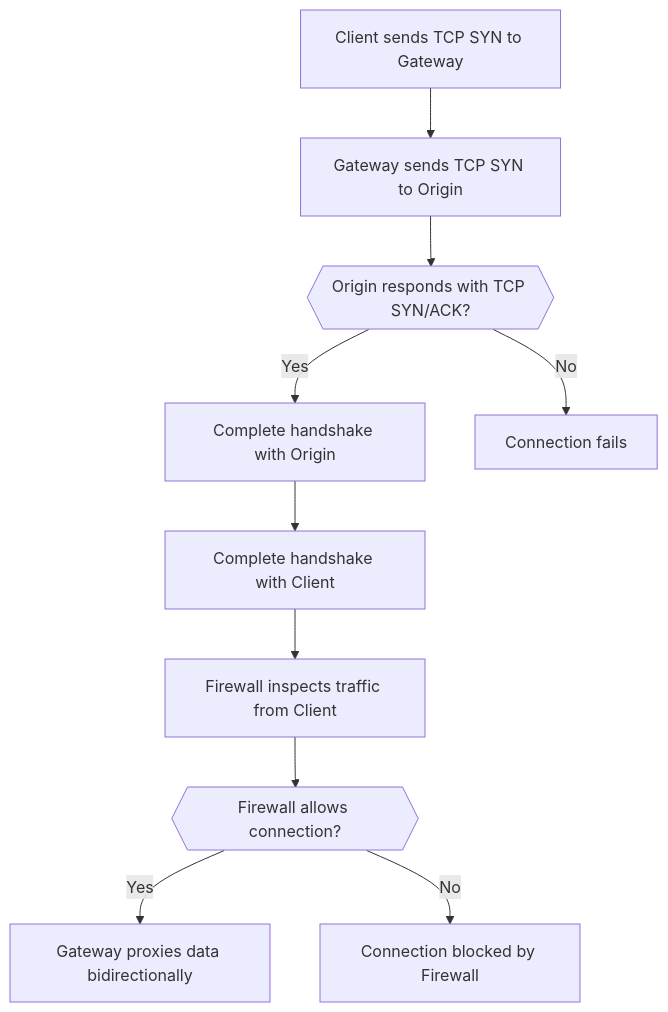
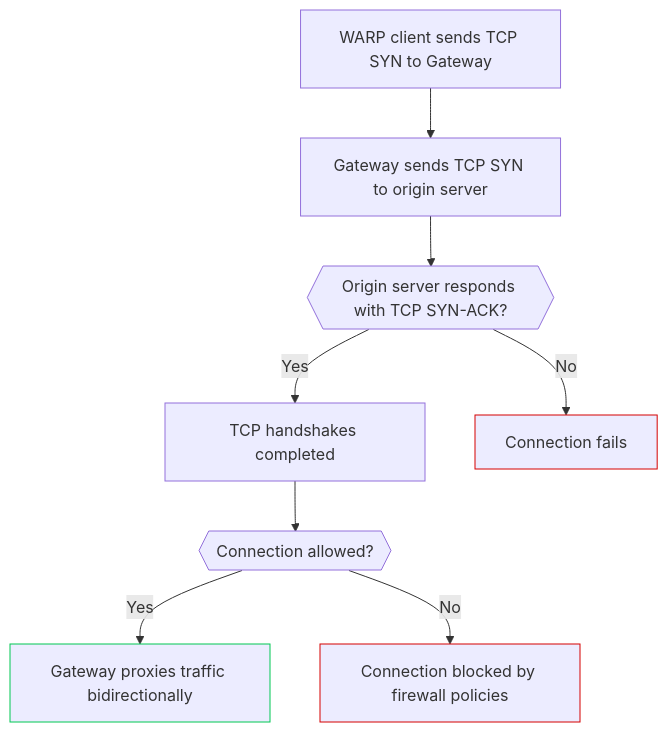
One commit to cloudflare/cloudflare-docs changed the diagram in src/content/docs/cloudflare-one/policies/gateway/proxy.mdx. Above: the diagram before and after it, drawn with Mermaid.

Commit message:
Update flowchart

````diff
--- a/src/content/docs/cloudflare-one/policies/gateway/proxy.mdx
+++ b/src/content/docs/cloudflare-one/policies/gateway/proxy.mdx
@@ -24,12 +24,20 @@
 ```mermaid
 flowchart TD
-    A[Client sends TCP SYN to Gateway] --> B[Gateway sends TCP SYN to Origin]
-    B --> C{{Origin responds with TCP SYN/ACK?}}
-    C -->|Yes| D[Complete handshake with Origin]
-    C -->|No| E[Connection fails]
-    D --> F[Complete handshake with Client]
-    F --> G[Firewall inspects traffic from Client]
-    G --> H{{Firewall allows connection?}}
-    H -->|Yes| I[Gateway proxies data bidirectionally]
-    H -->|No| J[Connection blocked by Firewall]
+    %% Accessibility
+    accTitle: How Gateway proxy works
+    accDescr: Flowchart describing how the Gateway proxy uses the Happy Eyeballs algorithm to establish TCP connections and proxy user traffic.
+
+    %% Flowchart
+    A[WARP client sends TCP SYN to Gateway] --> B[Gateway sends TCP SYN to origin server]
+    B --> C{{Origin server responds with TCP SYN-ACK?}}
+    C -->|Yes| E[TCP handshakes completed]
+    C -->|No| D[Connection fails]
+    E --> F{{Connection allowed?}}
+    F -->|Yes| G[Gateway proxies traffic bidirectionally]
+    F -->|No| H[Connection blocked by firewall policies]
+
+    %% Styling
+    style D stroke:#D50000
+    style G stroke:#00C853
+    style H stroke:#D50000
 ```
````
